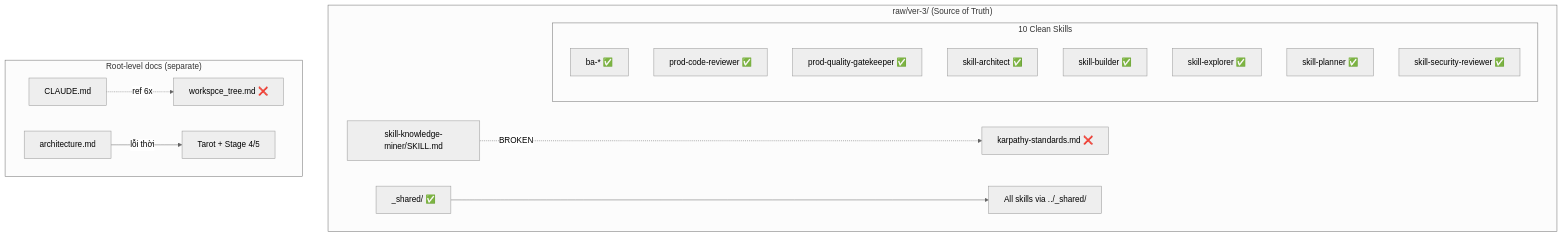
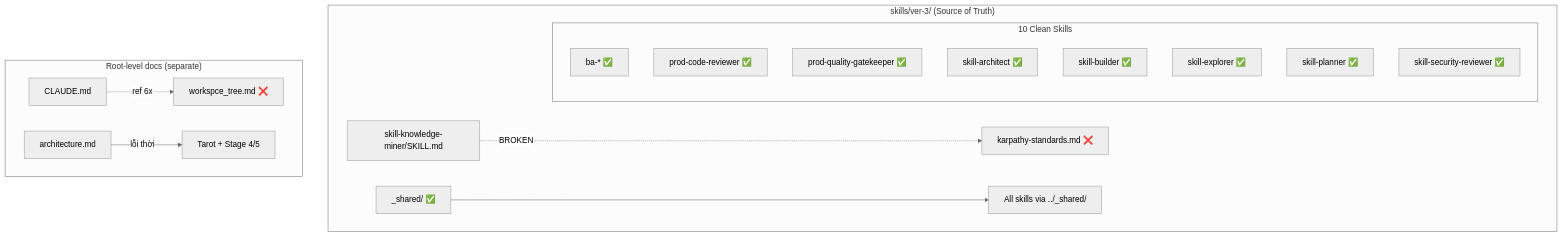
One commit to vuthuonghai-steve/WASHVN changed the diagram in docs/context-to-work/architecture-sync/scope.2026-06-07.md. Above: the diagram before and after it, drawn with Mermaid (neutral theme). The commit also changed other lines of this file and 104 other files, not shown here.

````diff
--- a/docs/context-to-work/architecture-sync/scope.2026-06-07.md
+++ b/docs/context-to-work/architecture-sync/scope.2026-06-07.md
@@ -120,24 +120,24 @@
 ```mermaid
 flowchart TD
-    subgraph "raw/ver-3/ (Source of Truth)"
+    subgraph "skills/ver-3/ (Source of Truth)"
         SKM[skill-knowledge-miner/SKILL.md] -.->|BROKEN| KAR[karpathy-standards.md ❌]
         
         subgraph "10 Clean Skills"
             BA[ba-* ✅]
             PCR[prod-code-reviewer ✅]
             PQR[prod-quality-gatekeeper ✅]
             SA[skill-architect ✅]
             SB[skill-builder ✅]
             SE[skill-explorer ✅]
             SP[skill-planner ✅]
             SSR[skill-security-reviewer ✅]
         end
         
         SHARED[_shared/ ✅] --> ALL[All skills via ../_shared/]
     end
 
     subgraph "Root-level docs (separate)"
         CLAUDE[CLAUDE.md] -.->|ref 6x| WST[workspce_tree.md ❌]
         ARCH[architecture.md] -->|lỗi thời| STALE[Tarot + Stage 4/5]
     end
 ```
````
